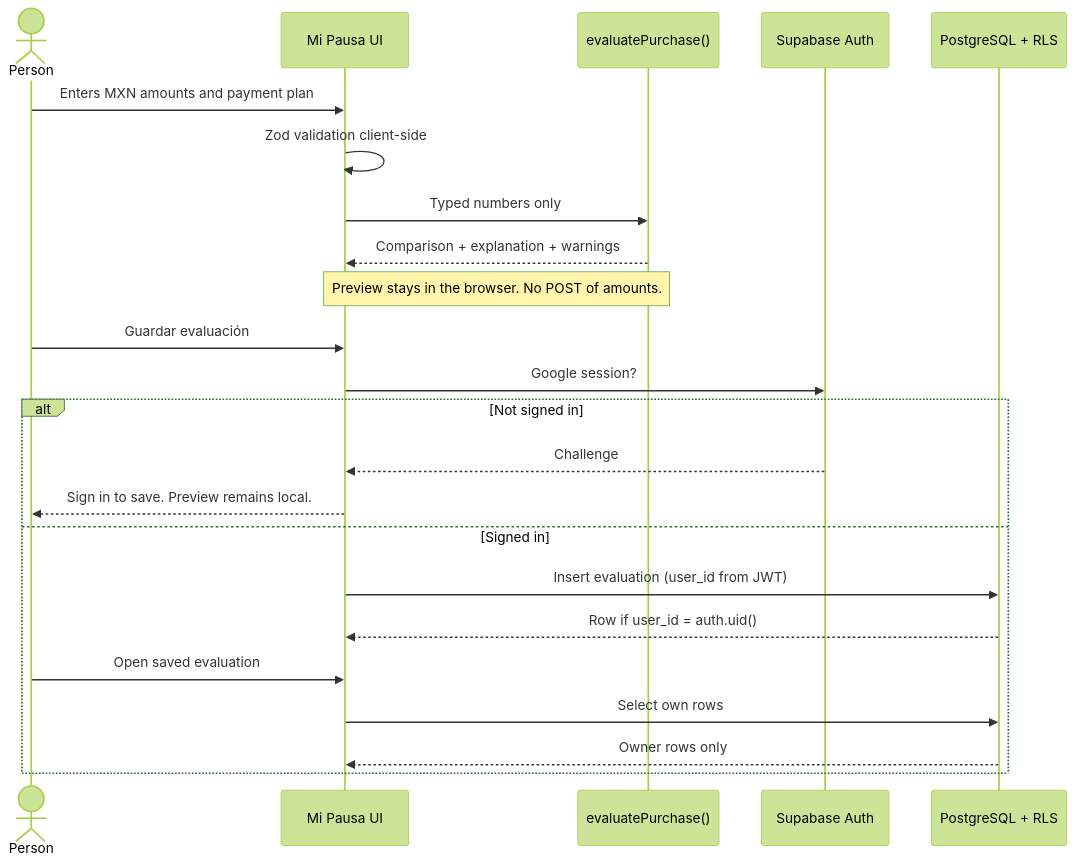
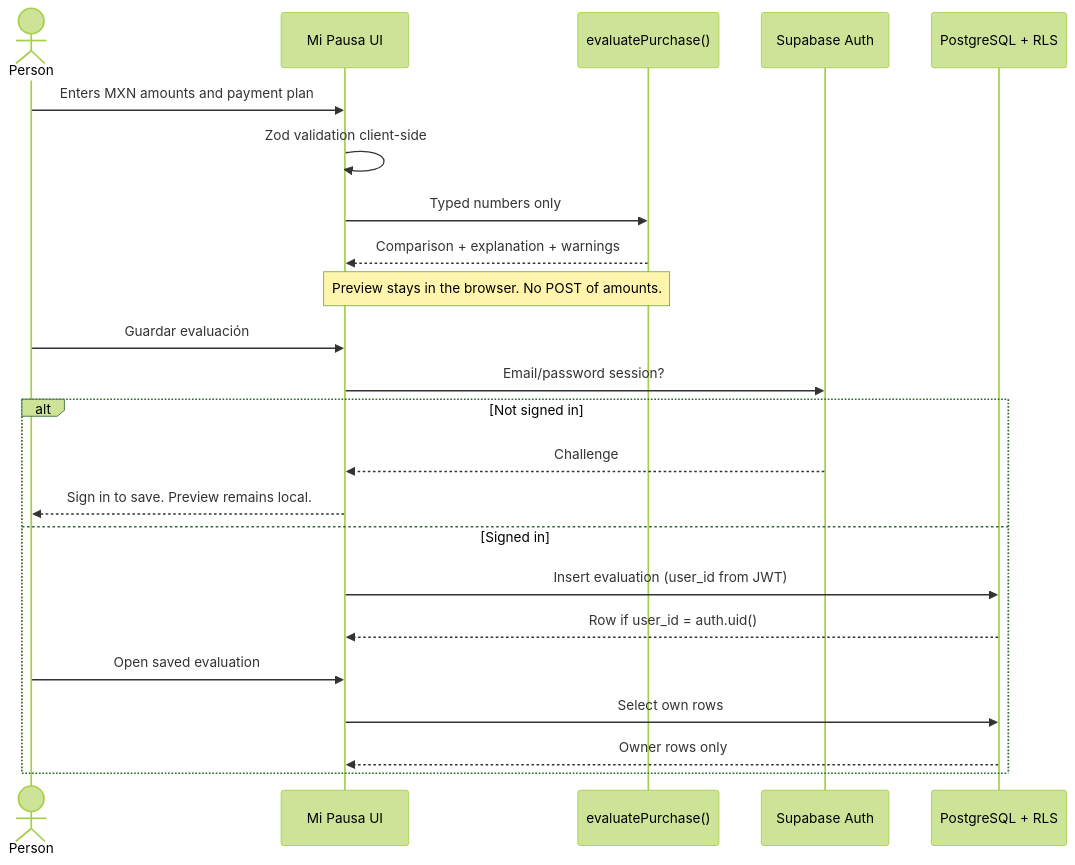
Before and after one commit to miguelbbuilds-gif/pausa-mx-week12: the second of 2 diagrams in docs/PACKET.md, drawn with Mermaid (forest theme). The commit also changed other lines of this file and 32 other files, not shown here.

First line of the commit message:
Replace Google OAuth with email/password Auth while keeping RLS.

````diff
--- a/docs/PACKET.md
+++ b/docs/PACKET.md
@@ -76,26 +76,26 @@
 ```mermaid
 sequenceDiagram
   actor Person
   participant UI as Mi Pausa UI
   participant Engine as evaluatePurchase()
   participant Auth as Supabase Auth
   participant DB as PostgreSQL + RLS
 
   Person->>UI: Enters MXN amounts and payment plan
   UI->>UI: Zod validation client-side
   UI->>Engine: Typed numbers only
   Engine-->>UI: Comparison + explanation + warnings
   Note over UI,Engine: Preview stays in the browser. No POST of amounts.
   Person->>UI: Guardar evaluación
-  UI->>Auth: Google session?
+  UI->>Auth: Email/password session?
   alt Not signed in
     Auth-->>UI: Challenge
     UI-->>Person: Sign in to save. Preview remains local.
   else Signed in
     UI->>DB: Insert evaluation (user_id from JWT)
     DB-->>UI: Row if user_id = auth.uid()
     Person->>UI: Open saved evaluation
     UI->>DB: Select own rows
     DB-->>UI: Owner rows only
   end
 ```
````
